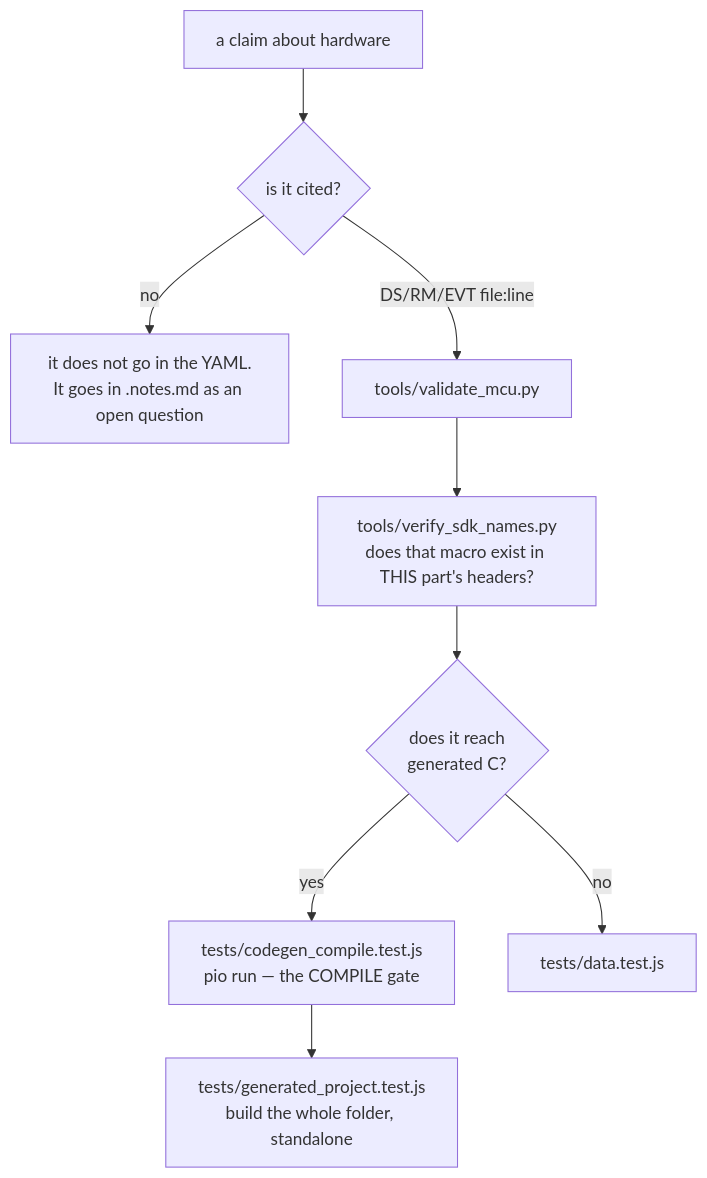
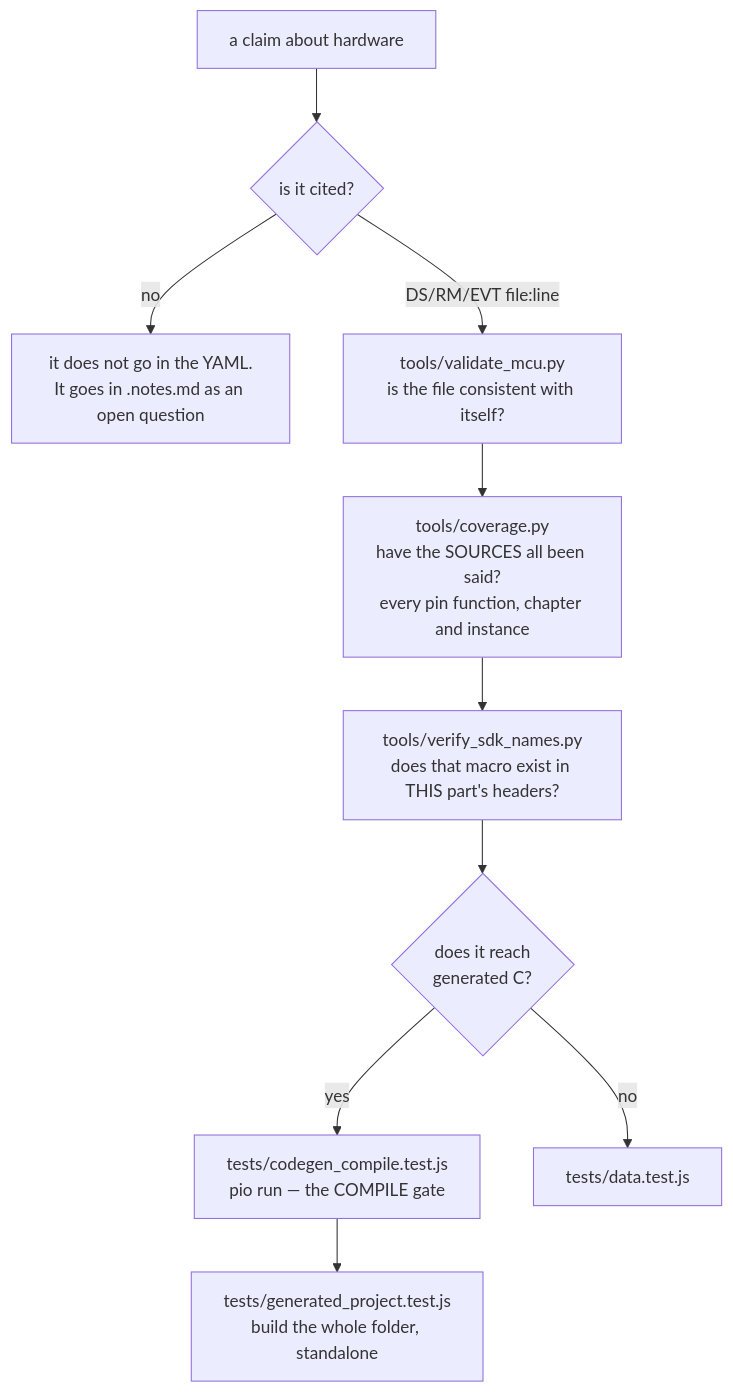
The fourth of 4 diagrams in docs/HOW-IT-WORKS.md (arwidcool/WCH_Cube), drawn with Mermaid before and after one commit. The commit also changed other lines of this file and 35 other files, not shown here.

````diff
--- a/docs/HOW-IT-WORKS.md
+++ b/docs/HOW-IT-WORKS.md
@@ -265,11 +265,12 @@
 ```mermaid
 flowchart TB
     A["a claim about hardware"] --> B{"is it cited?"}
     B -->|no| X["it does not go in the YAML.<br/>It goes in .notes.md as an open question"]
-    B -->|DS/RM/EVT file:line| C["tools/validate_mcu.py"]
-    C --> D["tools/verify_sdk_names.py<br/>does that macro exist in THIS part's headers?"]
+    B -->|DS/RM/EVT file:line| C["tools/validate_mcu.py<br/>is the file consistent with itself?"]
+    C --> L["tools/coverage.py<br/>have the SOURCES all been said?<br/>every pin function, chapter and instance"]
+    L --> D["tools/verify_sdk_names.py<br/>does that macro exist in THIS part's headers?"]
     D --> E{"does it reach<br/>generated C?"}
     E -->|yes| F["tests/codegen_compile.test.js<br/>pio run — the COMPILE gate"]
     E -->|no| G["tests/data.test.js"]
     F --> H["tests/generated_project.test.js<br/>build the whole folder, standalone"]
 ```
````
